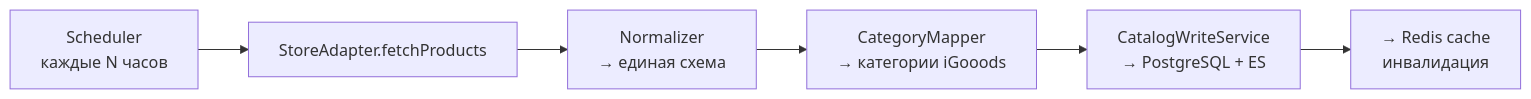
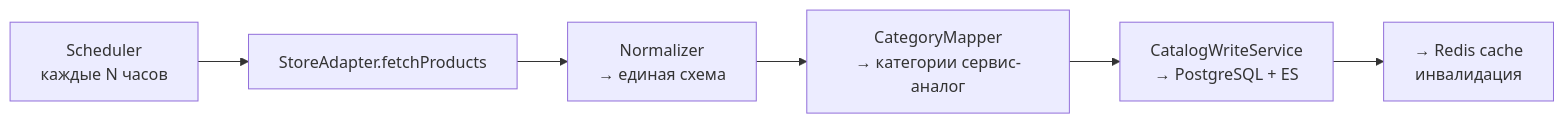
One commit to bestdeejay-design/srs-docs changed the sixth of 6 diagrams in ШАБЛОН_СПЕЦИФИКАЦИИ_ПРОДУКТА.md. Above: the diagram before and after it, drawn with Mermaid. The commit also changed other lines of this file and 13 other files, not shown here.

````diff
--- a/ШАБЛОН_СПЕЦИФИКАЦИИ_ПРОДУКТА.md
+++ b/ШАБЛОН_СПЕЦИФИКАЦИИ_ПРОДУКТА.md
@@ -1955,8 +1955,8 @@
 ```mermaid
 flowchart LR
     SCHED[Scheduler<br/>каждые N часов] --> ADAPTER[StoreAdapter.fetchProducts]
     ADAPTER --> NORMALIZE[Normalizer<br/>→ единая схема]
-    NORMALIZE --> MAP[CategoryMapper<br/>→ категории iGooods]
+    NORMALIZE --> MAP[CategoryMapper<br/>→ категории сервис-аналог]
     MAP --> WRITE[CatalogWriteService<br/>→ PostgreSQL + ES]
     WRITE --> CACHE[→ Redis cache<br/>инвалидация]
 ```
````
